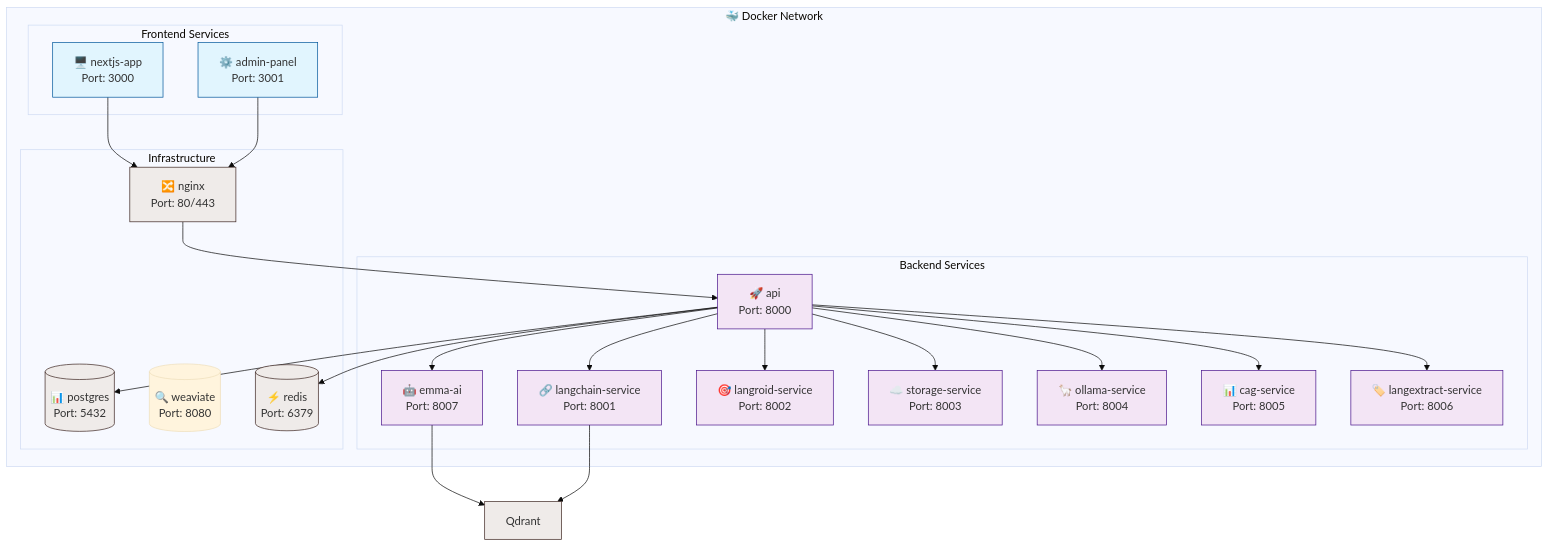
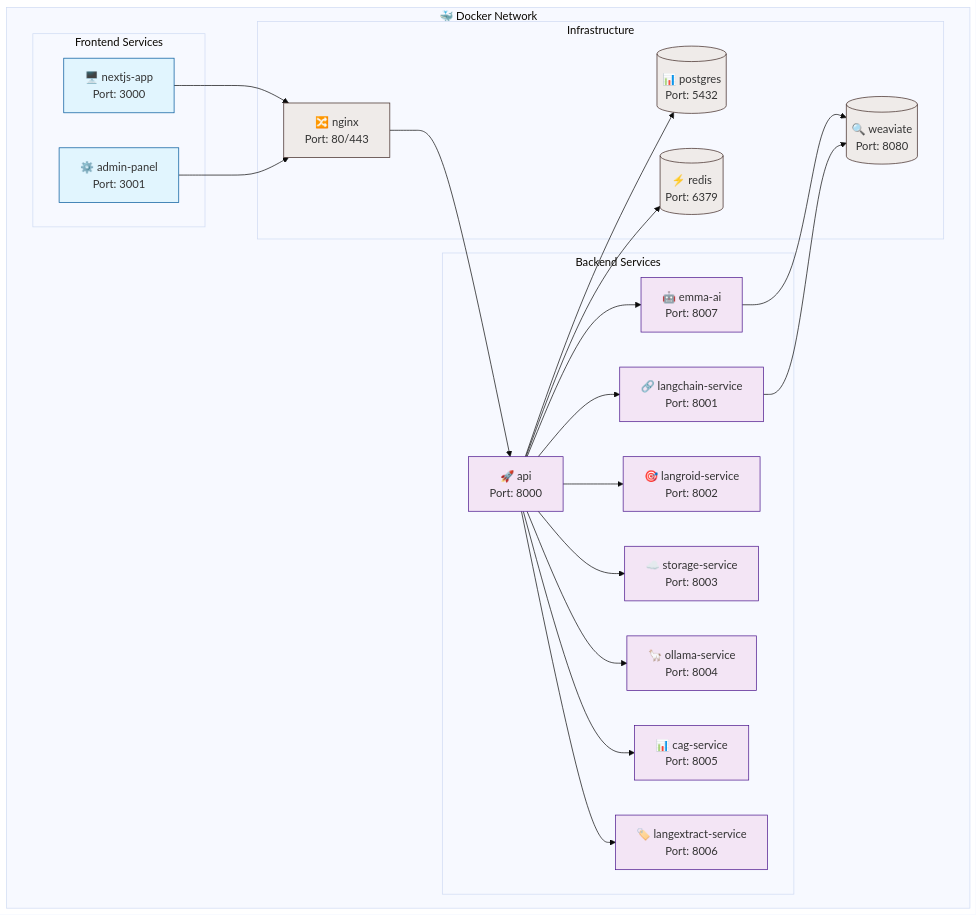
One commit to horelvis/nexus-documents-ia changed the fifth of 5 diagrams in README.md. Above: the diagram before and after it, drawn with Mermaid (base theme). The commit also changed other lines of this file, not shown here.

First line of the commit message:
docs: corregir todas las referencias restantes a Qdrant en README.md

````diff
--- a/README.md
+++ b/README.md
@@ -424,52 +424,52 @@
 ```mermaid
 graph TB
     subgraph "🐳 Docker Network"
         subgraph "Frontend Services"
             NextJS[🖥️ nextjs-app<br/>Port: 3000]
             Admin[⚙️ admin-panel<br/>Port: 3001]
         end
 
         subgraph "Backend Services"
             API[🚀 api<br/>Port: 8000]
             Emma[🤖 emma-ai<br/>Port: 8007]
             LangChain[🔗 langchain-service<br/>Port: 8001]
             Langroid[🎯 langroid-service<br/>Port: 8002]
             Storage[☁️ storage-service<br/>Port: 8003]
             Ollama[🦙 ollama-service<br/>Port: 8004]
             CAG[📊 cag-service<br/>Port: 8005]
             LangExtract[🏷️ langextract-service<br/>Port: 8006]
         end
 
         subgraph "Infrastructure"
             Postgres[(📊 postgres<br/>Port: 5432)]
             Weaviate[(🔍 weaviate<br/>Port: 8080)]
             Redis[(⚡ redis<br/>Port: 6379)]
             Nginx[🔀 nginx<br/>Port: 80/443]
         end
     end
 
     NextJS --> Nginx
     Admin --> Nginx
     Nginx --> API
 
     API --> Emma
     API --> LangChain
     API --> Langroid
     API --> Storage
     API --> Ollama
     API --> CAG
     API --> LangExtract
 
-    Emma --> Qdrant
-    LangChain --> Qdrant
+    Emma --> Weaviate
+    LangChain --> Weaviate
     API --> Postgres
     API --> Redis
 
     classDef frontend fill:#e1f5fe,stroke:#01579b
     classDef backend fill:#f3e5f5,stroke:#4a148c
     classDef infra fill:#efebe9,stroke:#3e2723
 
     class NextJS,Admin frontend
     class API,Emma,LangChain,Langroid,Storage,Ollama,CAG,LangExtract backend
-    class Postgres,Qdrant,Redis,Nginx infra
+    class Postgres,Weaviate,Redis,Nginx infra
 ```
````
